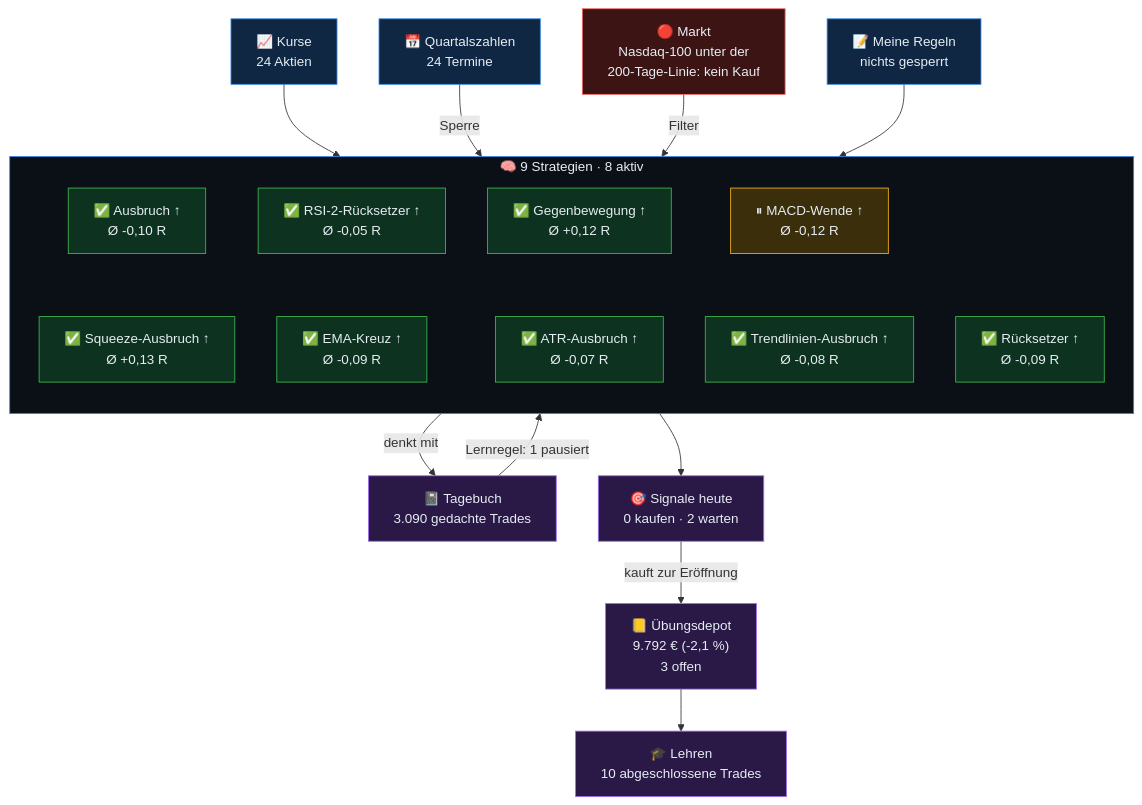
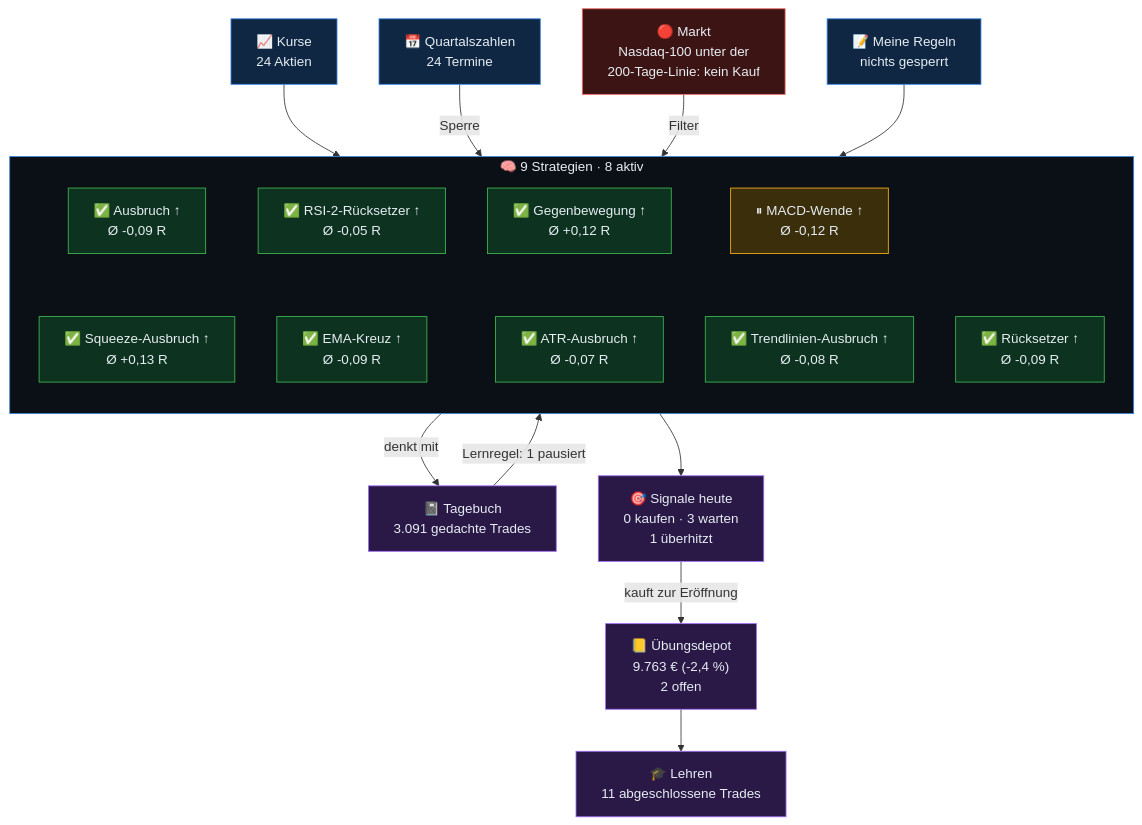
One commit to sickingmalte-arch/Test-Bot changed the diagram in gehirn/Start.md. Above: the diagram before and after it, drawn with Mermaid. The commit also changed other lines of this file and 33 other files, not shown here.

````diff
--- a/gehirn/Start.md
+++ b/gehirn/Start.md
@@ -9,48 +9,48 @@
 ```mermaid
 flowchart TB
   kurse["📈 Kurse<br/>24 Aktien"]
   termine["📅 Quartalszahlen<br/>24 Termine"]
   markt["🔴 Markt<br/>Nasdaq-100 unter der<br/>200-Tage-Linie: kein Kauf"]
   regeln["📝 Meine Regeln<br/>nichts gesperrt"]
   subgraph KERN["🧠 9 Strategien · 8 aktiv"]
     direction TB
-    s0["✅ Ausbruch ↑<br/>Ø -0,10 R"]
+    s0["✅ Ausbruch ↑<br/>Ø -0,09 R"]
     s1["✅ RSI-2-Rücksetzer ↑<br/>Ø -0,05 R"]
     s2["✅ Gegenbewegung ↑<br/>Ø +0,12 R"]
     s3["⏸ MACD-Wende ↑<br/>Ø -0,12 R"]
     s4["✅ Rücksetzer ↑<br/>Ø -0,09 R"]
     s5["✅ Squeeze-Ausbruch ↑<br/>Ø +0,13 R"]
     s6["✅ EMA-Kreuz ↑<br/>Ø -0,09 R"]
     s7["✅ ATR-Ausbruch ↑<br/>Ø -0,07 R"]
     s8["✅ Trendlinien-Ausbruch ↑<br/>Ø -0,08 R"]
     s0 ~~~ s5
     s1 ~~~ s6
     s2 ~~~ s7
     s3 ~~~ s8
   end
-  tb["📓 Tagebuch<br/>3.090 gedachte Trades"]
-  sig["🎯 Signale heute<br/>0 kaufen · 2 warten"]
-  depot["📒 Übungsdepot<br/>9.792 € (-2,1 %)<br/>3 offen"]
-  lehren["🎓 Lehren<br/>10 abgeschlossene Trades"]
+  tb["📓 Tagebuch<br/>3.091 gedachte Trades"]
+  sig["🎯 Signale heute<br/>0 kaufen · 3 warten<br/>1 überhitzt"]
+  depot["📒 Übungsdepot<br/>9.763 € (-2,4 %)<br/>2 offen"]
+  lehren["🎓 Lehren<br/>11 abgeschlossene Trades"]
   kurse --> KERN
   termine -->|Sperre| KERN
   markt -->|Filter| KERN
   regeln --> KERN
   KERN -->|denkt mit| tb
   tb -->|Lernregel: 1 pausiert| KERN
   KERN --> sig
   sig -->|kauft zur Eröffnung| depot
   depot --> lehren
   classDef ein fill:#0f2742,stroke:#3987e5,color:#e6edf3
   classDef rot fill:#3d1414,stroke:#f47067,color:#e6edf3
   classDef aktiv fill:#0d3320,stroke:#3fb950,color:#e6edf3
   classDef pausiert fill:#3b2e0a,stroke:#fab219,color:#e6edf3
   classDef aus fill:#22272e,stroke:#6e7681,color:#9ba7b4
   classDef aus2 fill:#2a1846,stroke:#a371f7,color:#e6edf3
   class kurse,termine,regeln ein
   class markt rot
   class tb,sig,depot,lehren aus2
   class s0,s1,s2,s4,s5,s6,s7,s8 aktiv
   class s3 pausiert
   style KERN fill:#0b1016,stroke:#3987e5,color:#e6edf3
 ```
````
